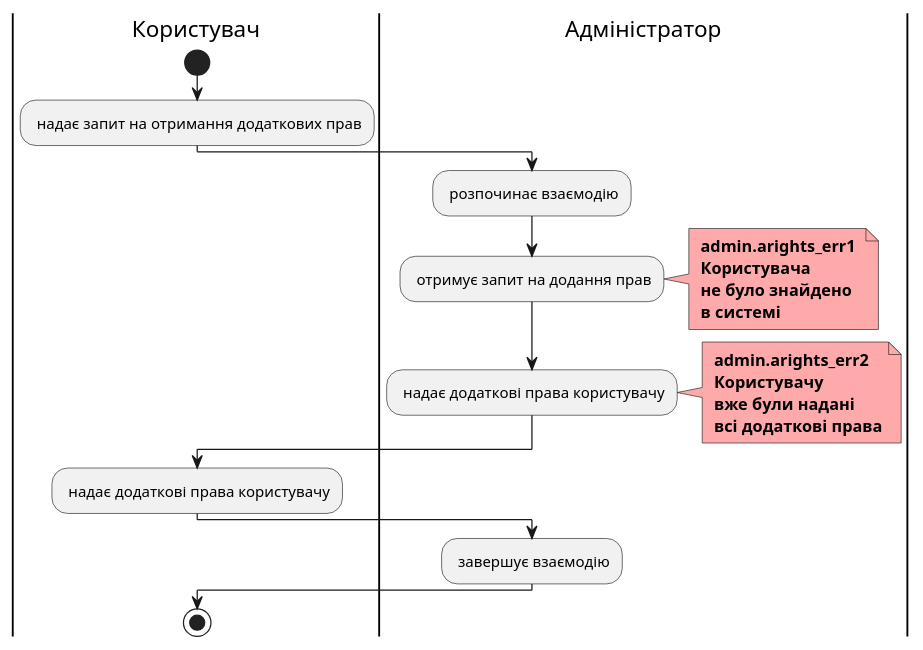
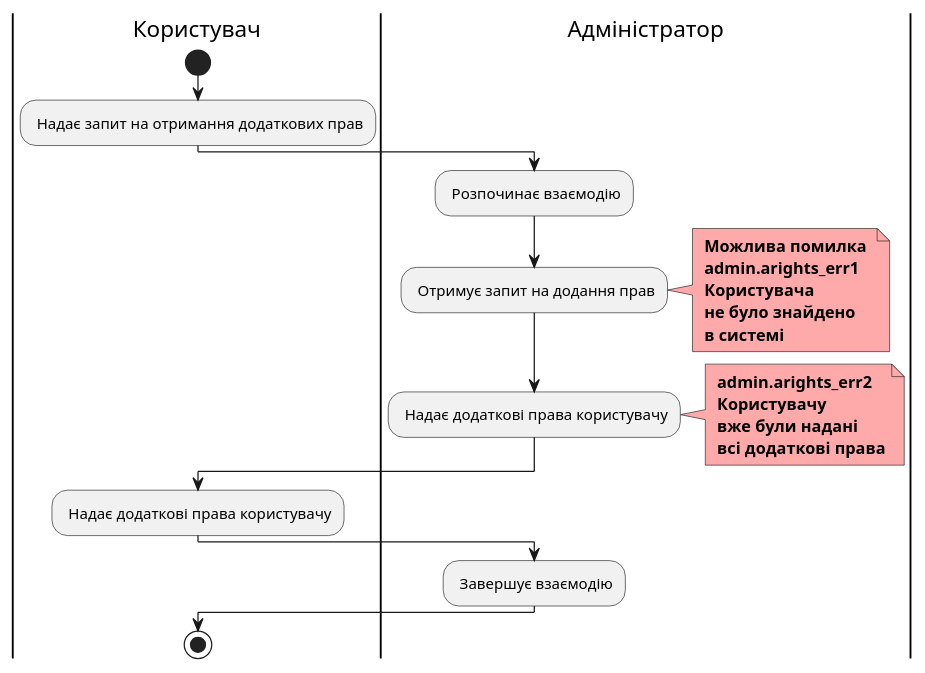
One commit to romalitv/db-course-work changed the ninth of 10 diagrams in docs/use cases/README.md. Above: the diagram before and after it, drawn with PlantUML. The commit also changed other lines of this file and 2 other files, not shown here.

```diff
--- a/docs/use cases/README.md
+++ b/docs/use cases/README.md
@@ -254,28 +408,29 @@
 @startuml
 
     |Користувач|
         start
-        : надає запит на отримання додаткових прав;
+        : Надає запит на отримання додаткових прав;
     |Адміністратор|
-        : розпочинає взаємодію;
-        : отримує запит на додання прав;
+        : Розпочинає взаємодію;
+        : Отримує запит на додання прав;
         note right #ffaaaa
+        <b> Можлива помилка 
         <b> admin.arights_err1 
         <b> Користувача 
         <b> не було знайдено
         <b> в системі
         end note
-        : надає додаткові права користувачу;
+        : Надає додаткові права користувачу;
         note right #ffaaaa
         <b> admin.arights_err2 
         <b> Користувачу
         <b> вже були надані
         <b> всі додаткові права
         end note
     |Користувач|
-        : надає додаткові права користувачу;
+        : Надає додаткові права користувачу;
     |Адміністратор|
-        : завершує взаємодію;
+        : Завершує взаємодію;
     |Користувач|
         stop;
 @enduml
```
